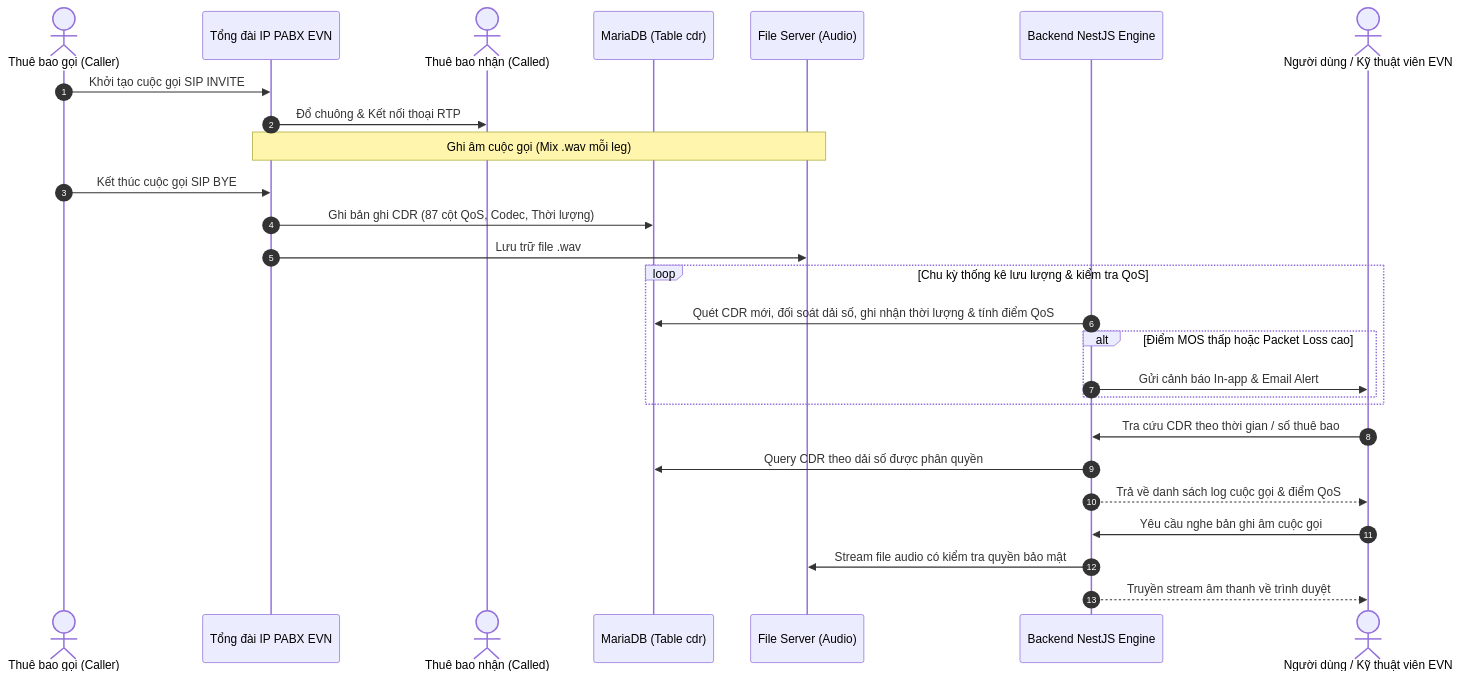
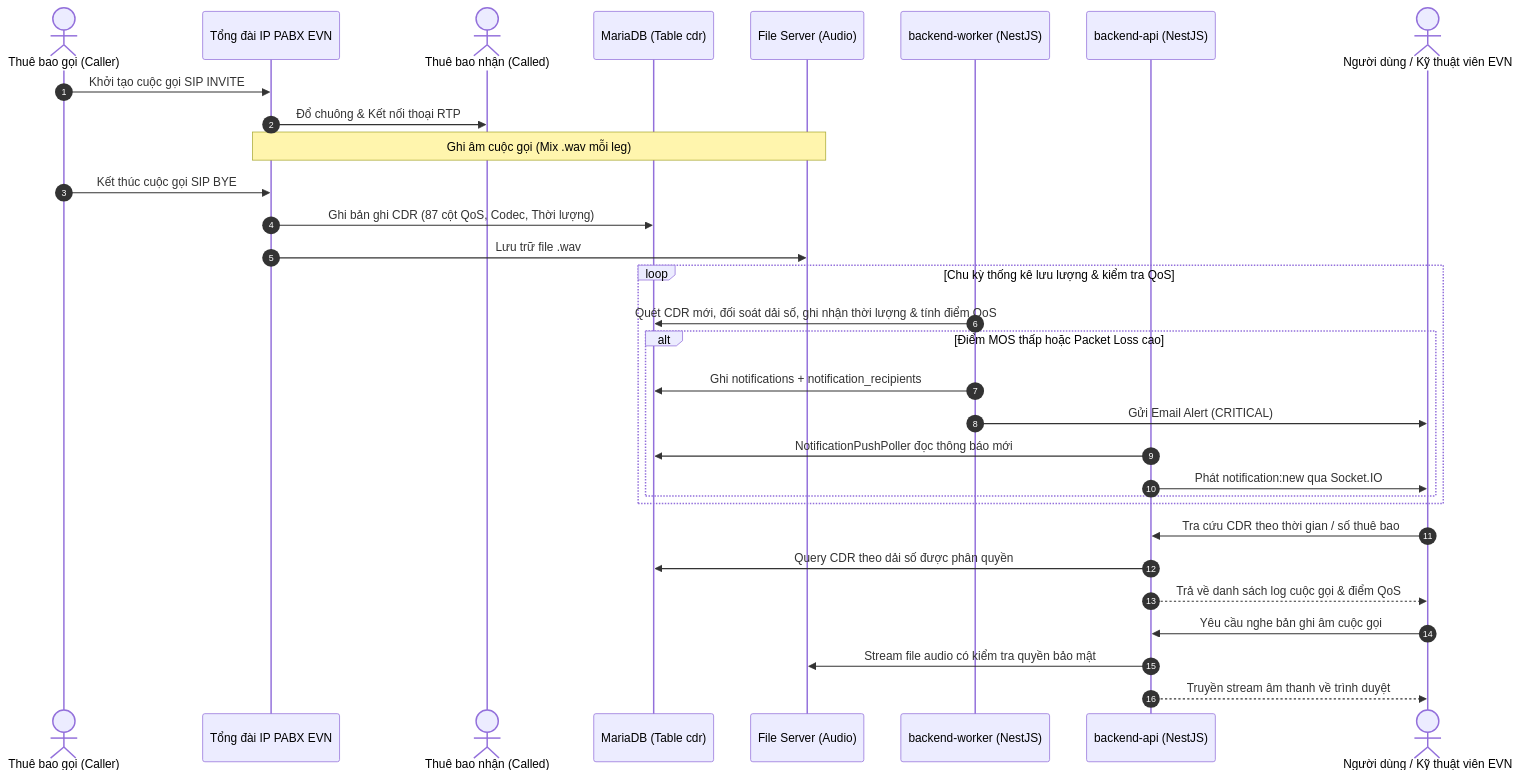
One commit to baobdevnit/evncdras changed the second of 2 diagrams in docs/00_overview_and_architecture.md. Above: the diagram before and after it, drawn with Mermaid. The commit also changed other lines of this file and 11 other files, not shown here.

First line of the commit message:
docs: chốt token, route Admin và API danh bạ cho 2 app (Checkpoint 1)

````diff
--- a/docs/00_overview_and_architecture.md
+++ b/docs/00_overview_and_architecture.md
@@ -244,32 +258,36 @@
 ```mermaid
 sequenceDiagram
     autonumber
     actor Caller as Thuê bao gọi (Caller)
     participant PABX as Tổng đài IP PABX EVN
     actor Called as Thuê bao nhận (Called)
     participant MariaDB as MariaDB (Table cdr)
     participant Storage as File Server (Audio)
-    participant NestJS as Backend NestJS Engine
+    participant Worker as backend-worker (NestJS)
+    participant NestJS as backend-api (NestJS)
     actor AdminUser as Người dùng / Kỹ thuật viên EVN
 
     Caller->>PABX: Khởi tạo cuộc gọi SIP INVITE
     PABX->>Called: Đổ chuông & Kết nối thoại RTP
     Note over PABX,Storage: Ghi âm cuộc gọi (Mix .wav mỗi leg)
     Caller->>PABX: Kết thúc cuộc gọi SIP BYE
     PABX->>MariaDB: Ghi bản ghi CDR (87 cột QoS, Codec, Thời lượng)
     PABX->>Storage: Lưu trữ file .wav
     
     loop Chu kỳ thống kê lưu lượng & kiểm tra QoS
-        NestJS->>MariaDB: Quét CDR mới, đối soát dải số, ghi nhận thời lượng & tính điểm QoS
+        Worker->>MariaDB: Quét CDR mới, đối soát dải số, ghi nhận thời lượng & tính điểm QoS
         alt Điểm MOS thấp hoặc Packet Loss cao
-            NestJS->>AdminUser: Gửi cảnh báo In-app & Email Alert
+            Worker->>MariaDB: Ghi notifications + notification_recipients
+            Worker->>AdminUser: Gửi Email Alert (CRITICAL)
+            NestJS->>MariaDB: NotificationPushPoller đọc thông báo mới
+            NestJS->>AdminUser: Phát notification:new qua Socket.IO
         end
     end
 
     AdminUser->>NestJS: Tra cứu CDR theo thời gian / số thuê bao
     NestJS->>MariaDB: Query CDR theo dải số được phân quyền
     NestJS-->>AdminUser: Trả về danh sách log cuộc gọi & điểm QoS
     AdminUser->>NestJS: Yêu cầu nghe bản ghi âm cuộc gọi
     NestJS->>Storage: Stream file audio có kiểm tra quyền bảo mật
     NestJS-->>AdminUser: Truyền stream âm thanh về trình duyệt
 ```
````
